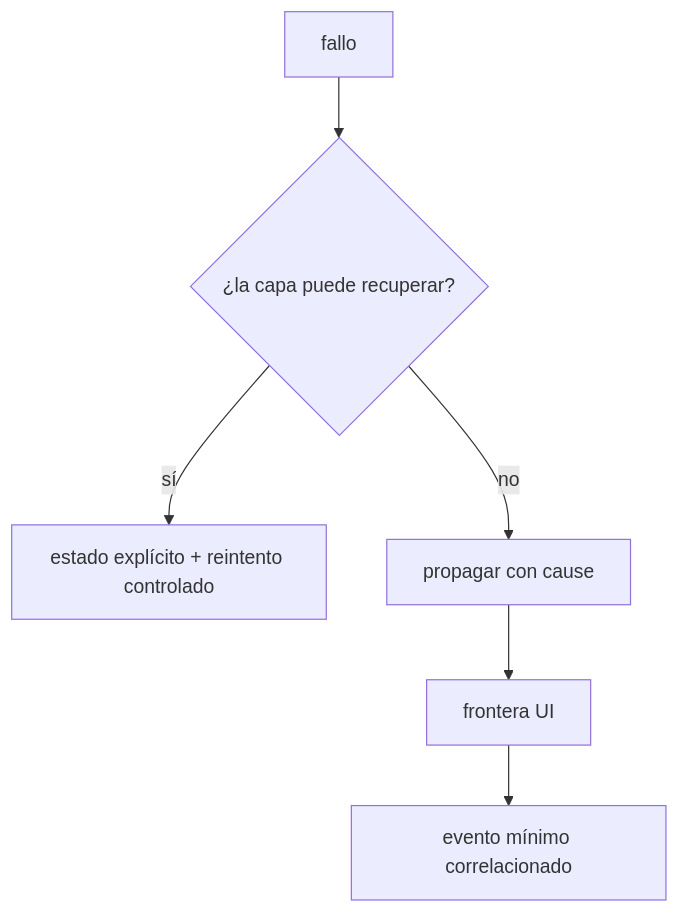
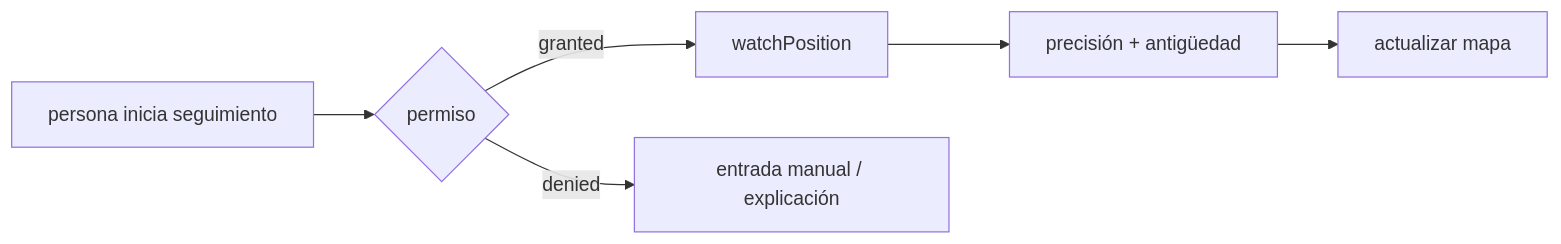
The tenth of 21 diagrams in web/public/content/javascript/modulo-13.md (NICORUIZ93/The_Imperial_Book), drawn with Mermaid before and after one commit. The commit also changed other lines of this file and 305 other files, not shown here.

````diff
--- a/web/public/content/javascript/modulo-13.md
+++ b/web/public/content/javascript/modulo-13.md
@@ -152,6 +467,6 @@
 ```mermaid
-flowchart TD
-    FAILURE["fallo"] --> RECOVER{"¿la capa puede recuperar?"}
-    RECOVER -->|"sí"| STATE["estado explícito + reintento controlado"]
-    RECOVER -->|"no"| CAUSE["propagar con cause"] --> BOUNDARY["frontera UI"] --> EVENT["evento mínimo correlacionado"]
+flowchart LR
+    ACTION["persona inicia seguimiento"] --> PERMISSION{"permiso"}
+    PERMISSION -->|"granted"| WATCH["watchPosition"] --> VALIDATE["precisión + antigüedad"] --> MAP["actualizar mapa"]
+    PERMISSION -->|"denied"| FALLBACK["entrada manual / explicación"]
 ```
````
